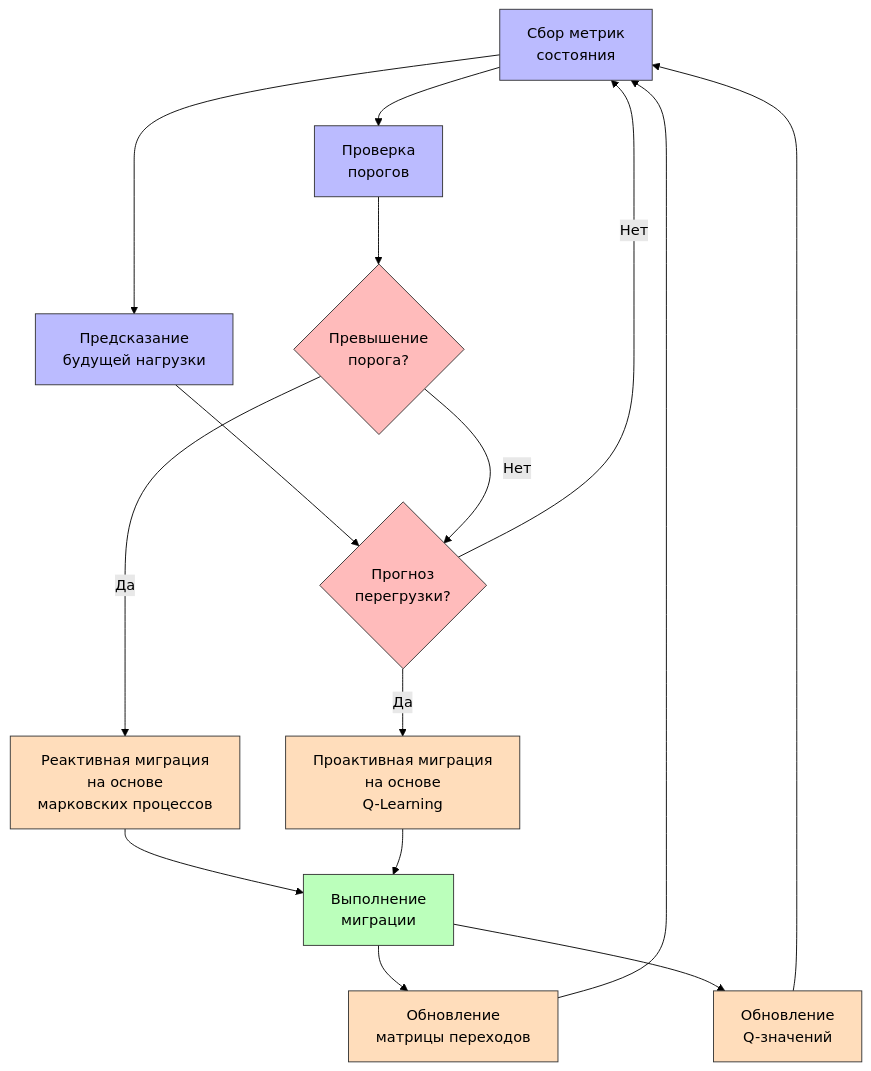
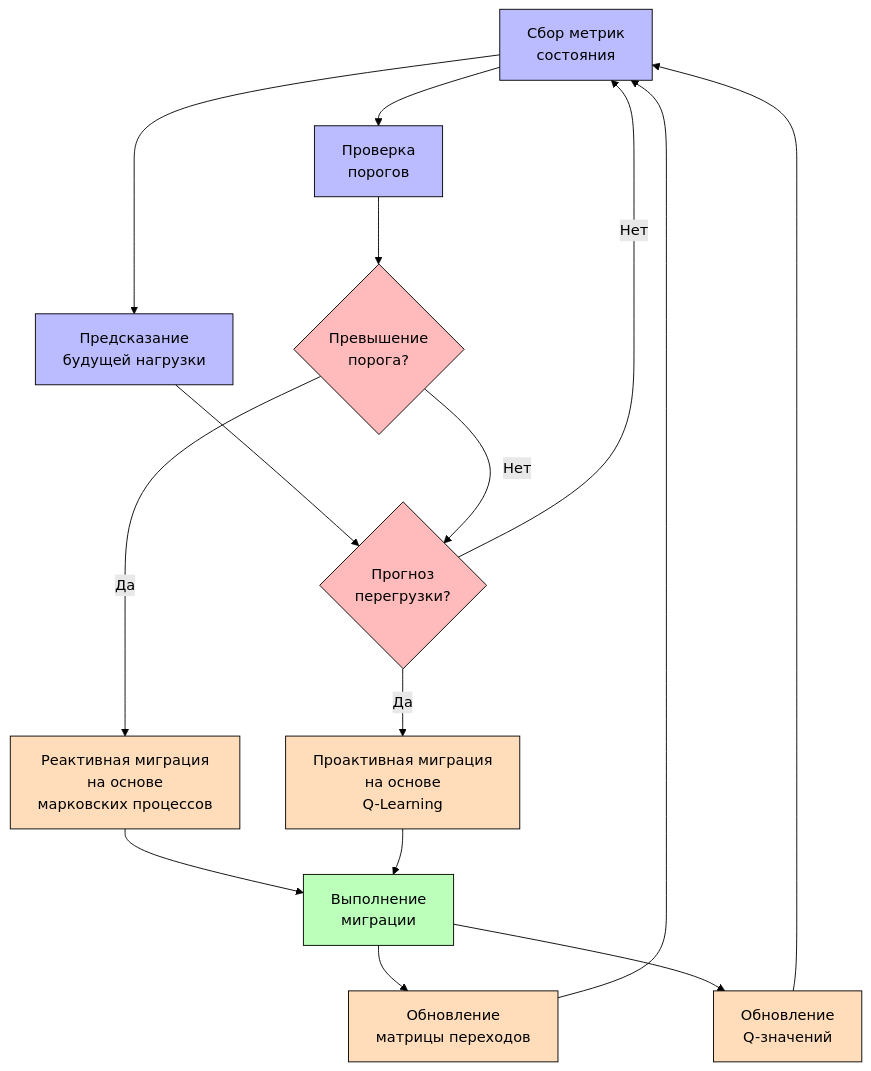
Before and after one commit to JerAndo4/migration_vkr: the diagram in Архитектура/hybrid-model.mermaid, drawn with Mermaid (forest theme). The commit also changed 42 other files, not shown here.

```diff
--- a/Архитектура/hybrid-model.mermaid
+++ b/Архитектура/hybrid-model.mermaid
@@ -1,32 +1,34 @@
 graph TD
     A[Сбор метрик<br>состояния] --> B[Проверка<br>порогов]
     A --> C[Предсказание<br>будущей нагрузки]
     
     B --> D{Превышение<br>порога?}
     C --> E{Прогноз<br>перегрузки?}
     
     D -->|Да| F[Реактивная миграция<br>на основе<br>марковских процессов]
     E -->|Да| G[Проактивная миграция<br>на основе<br>Q-Learning]
     
     D -->|Нет| E
     E -->|Нет| A
     
+    linkStyle default stroke:black,color:black
+    
     F --> H[Выполнение<br>миграции]
     G --> H
     
     H --> I[Обновление<br>матрицы переходов]
     H --> J[Обновление<br>Q-значений]
     
     I --> A
     J --> A
 
-    style A fill:#bbf,stroke:#333,stroke-width:1px
-    style B fill:#bbf,stroke:#333,stroke-width:1px
-    style C fill:#bbf,stroke:#333,stroke-width:1px
-    style D fill:#fbb,stroke:#333,stroke-width:1px
-    style E fill:#fbb,stroke:#333,stroke-width:1px
-    style F fill:#fdb,stroke:#333,stroke-width:1px
-    style G fill:#fdb,stroke:#333,stroke-width:1px
-    style H fill:#bfb,stroke:#333,stroke-width:1px
-    style I fill:#fdb,stroke:#333,stroke-width:1px
-    style J fill:#fdb,stroke:#333,stroke-width:1px
+    classDef default fill:white,stroke:black,stroke-width:1px,color:black;
+    classDef decision fill:#fbb,stroke:black,stroke-width:1px,color:black;
+    classDef process fill:#fdb,stroke:black,stroke-width:1px,color:black;
+    classDef data fill:#bbf,stroke:black,stroke-width:1px,color:black;
+    classDef action fill:#bfb,stroke:black,stroke-width:1px,color:black;
+    
+    class A,B,C data;
+    class D,E decision;
+    class F,G,I,J process;
+    class H action;
```
